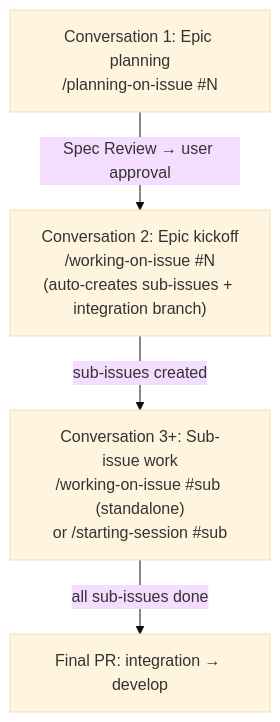
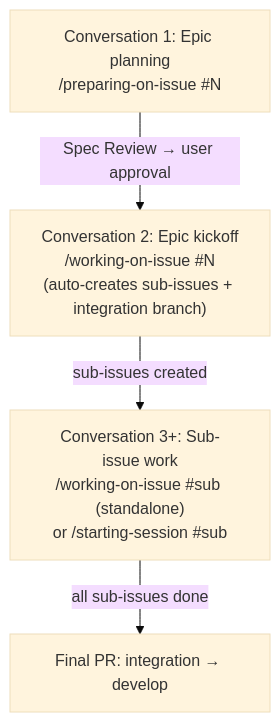
The third of 3 diagrams in shirokuma-skills-en/rules/best-practices-first.md (ShirokumaLibrary/shirokuma-plugins), drawn with Mermaid (base theme) before and after one commit. The commit also changed other lines of this file and 89 other files, not shown here.

````diff
--- a/shirokuma-skills-en/rules/best-practices-first.md
+++ b/shirokuma-skills-en/rules/best-practices-first.md
@@ -34,10 +60,10 @@
 ```mermaid
 graph TD
-    E1["Conversation 1: Epic planning<br/>/planning-on-issue #N"]
+    E1["Conversation 1: Epic planning<br/>/preparing-on-issue #N"]
     E2["Conversation 2: Epic kickoff<br/>/working-on-issue #N<br/>(auto-creates sub-issues + integration branch)"]
     E3["Conversation 3+: Sub-issue work<br/>/working-on-issue #sub (standalone)<br/>or /starting-session #sub"]
 
     E1 -->|"Spec Review → user approval"| E2
     E2 -->|"sub-issues created"| E3
     E3 -->|"all sub-issues done"| Final["Final PR: integration → develop"]
 ```
````
